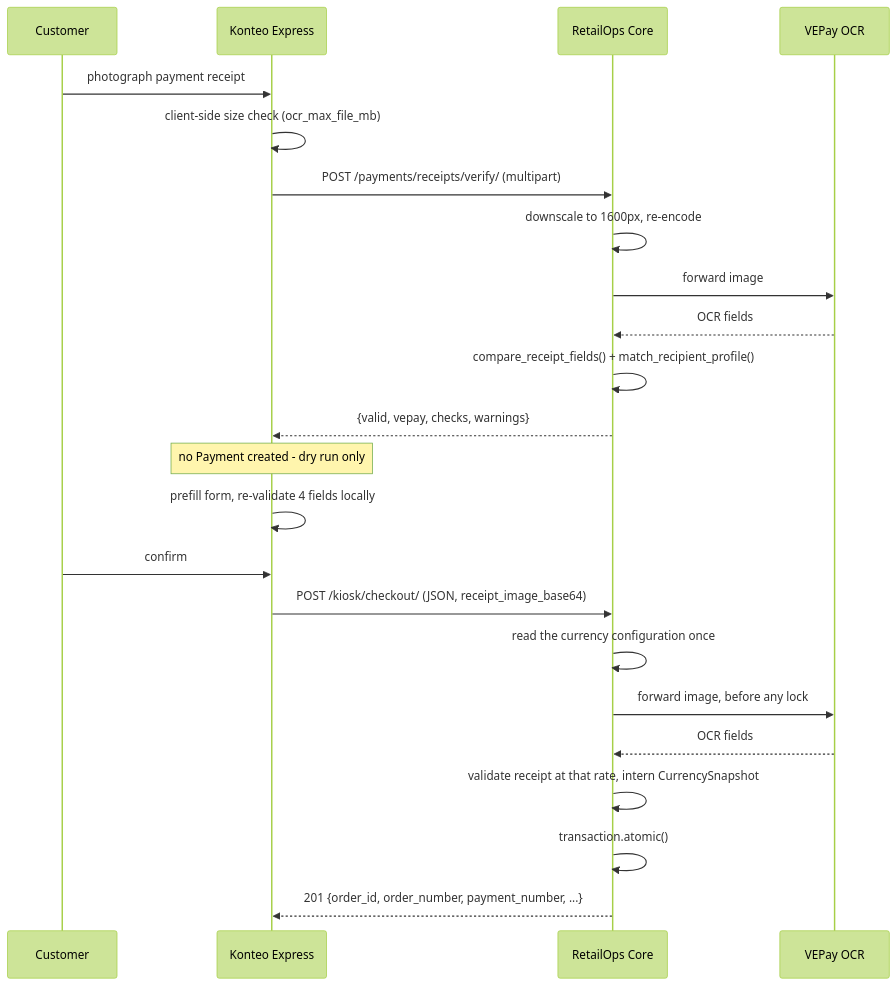
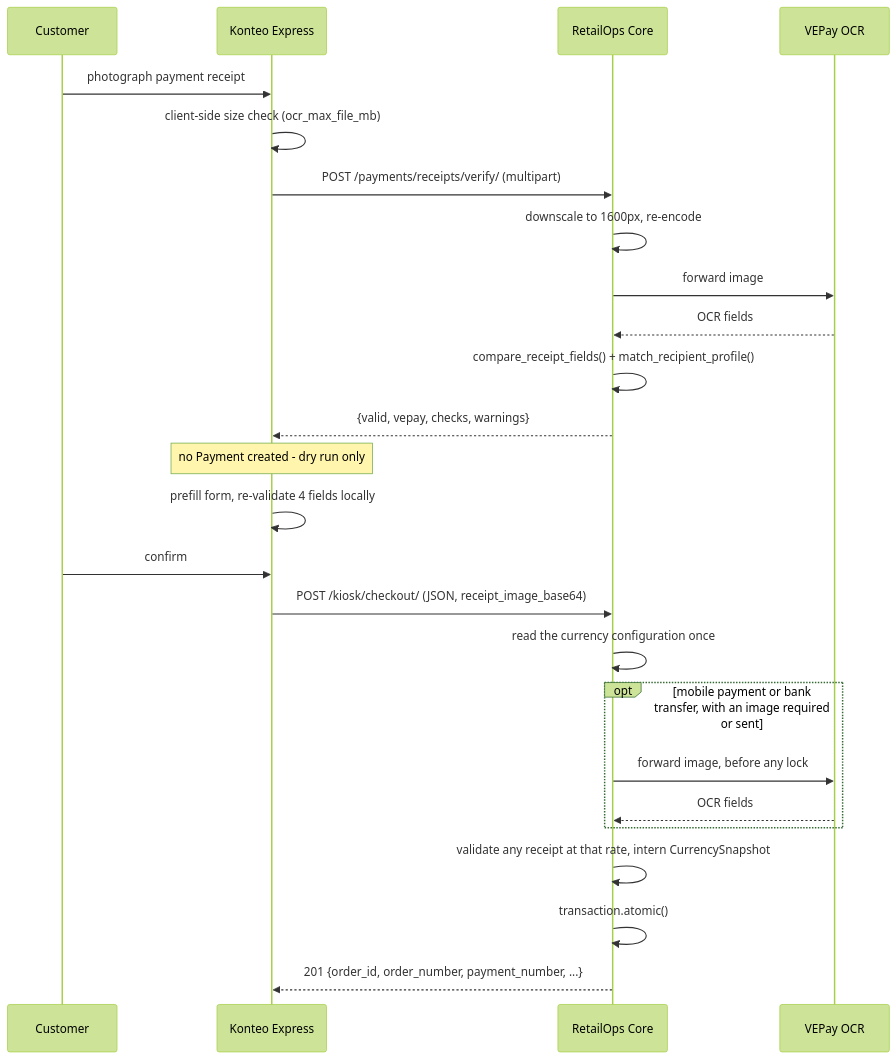
One commit to jp72924/retailops changed the third of 3 diagrams in ARCHITECTURE.md. Above: the diagram before and after it, drawn with Mermaid (forest theme). The commit also changed other lines of this file and 1 other file, not shown here.

First line of the commit message:
docs: stop overstating two kiosk checkout claims in ARCHITECTURE.md

````diff
--- a/ARCHITECTURE.md
+++ b/ARCHITECTURE.md
@@ -1012,26 +1012,28 @@
 ```mermaid
 sequenceDiagram
     participant C as Customer
     participant K as Konteo Express
     participant A as RetailOps Core
     participant V as VEPay OCR
 
     C->>K: photograph payment receipt
     K->>K: client-side size check (ocr_max_file_mb)
     K->>A: POST /payments/receipts/verify/ (multipart)
     A->>A: downscale to 1600px, re-encode
     A->>V: forward image
     V-->>A: OCR fields
     A->>A: compare_receipt_fields() + match_recipient_profile()
     A-->>K: {valid, vepay, checks, warnings}
     Note over K: no Payment created - dry run only
     K->>K: prefill form, re-validate 4 fields locally
     C->>K: confirm
     K->>A: POST /kiosk/checkout/ (JSON, receipt_image_base64)
     A->>A: read the currency configuration once
-    A->>V: forward image, before any lock
-    V-->>A: OCR fields
-    A->>A: validate receipt at that rate, intern CurrencySnapshot
+    opt mobile payment or bank transfer, with an image required or sent
+        A->>V: forward image, before any lock
+        V-->>A: OCR fields
+    end
+    A->>A: validate any receipt at that rate, intern CurrencySnapshot
     A->>A: transaction.atomic()
     A-->>K: 201 {order_id, order_number, payment_number, ...}
 ```
````
